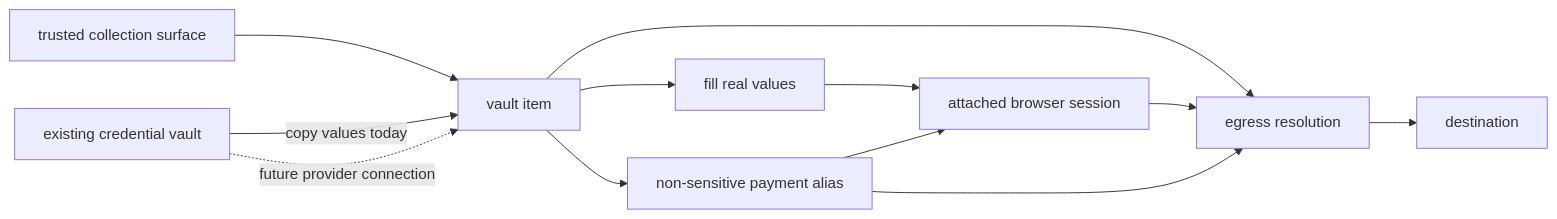
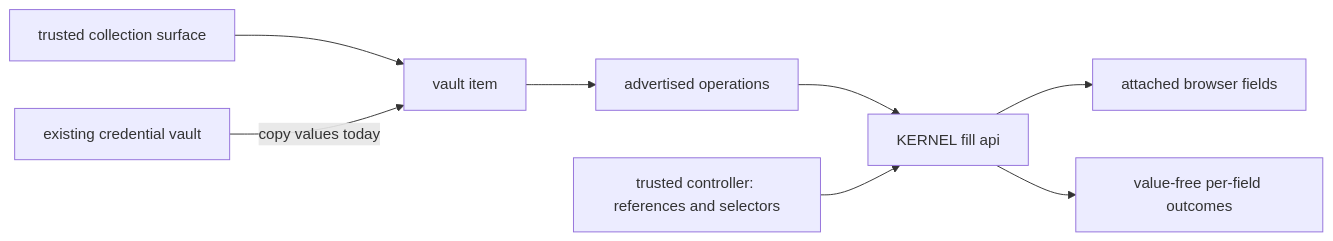
One commit to kernel/docs changed the diagram in vaults/overview.mdx. Above: the diagram before and after it, drawn with Mermaid. The commit also changed other lines of this file and 10 other files, not shown here.

````diff
--- a/vaults/overview.mdx
+++ b/vaults/overview.mdx
@@ -111,14 +94,10 @@
 ```mermaid
 flowchart LR
   T[trusted collection surface] --> I[vault item]
   V[existing credential vault] -->|copy values today| I
-  V -. future provider connection .-> I
-  I --> F[fill real values]
-  F --> B[attached browser session]
-  I --> A[non-sensitive payment alias]
-  A --> B[attached browser session]
-  I --> E[egress resolution]
-  B --> E
-  A --> E
-  E --> D[destination]
+  I --> O[advertised operations]
+  O --> F["KERNEL fill api"]
+  C[trusted controller: references and selectors] --> F
+  F --> B[attached browser fields]
+  F --> R[value-free per-field outcomes]
 ```
````
